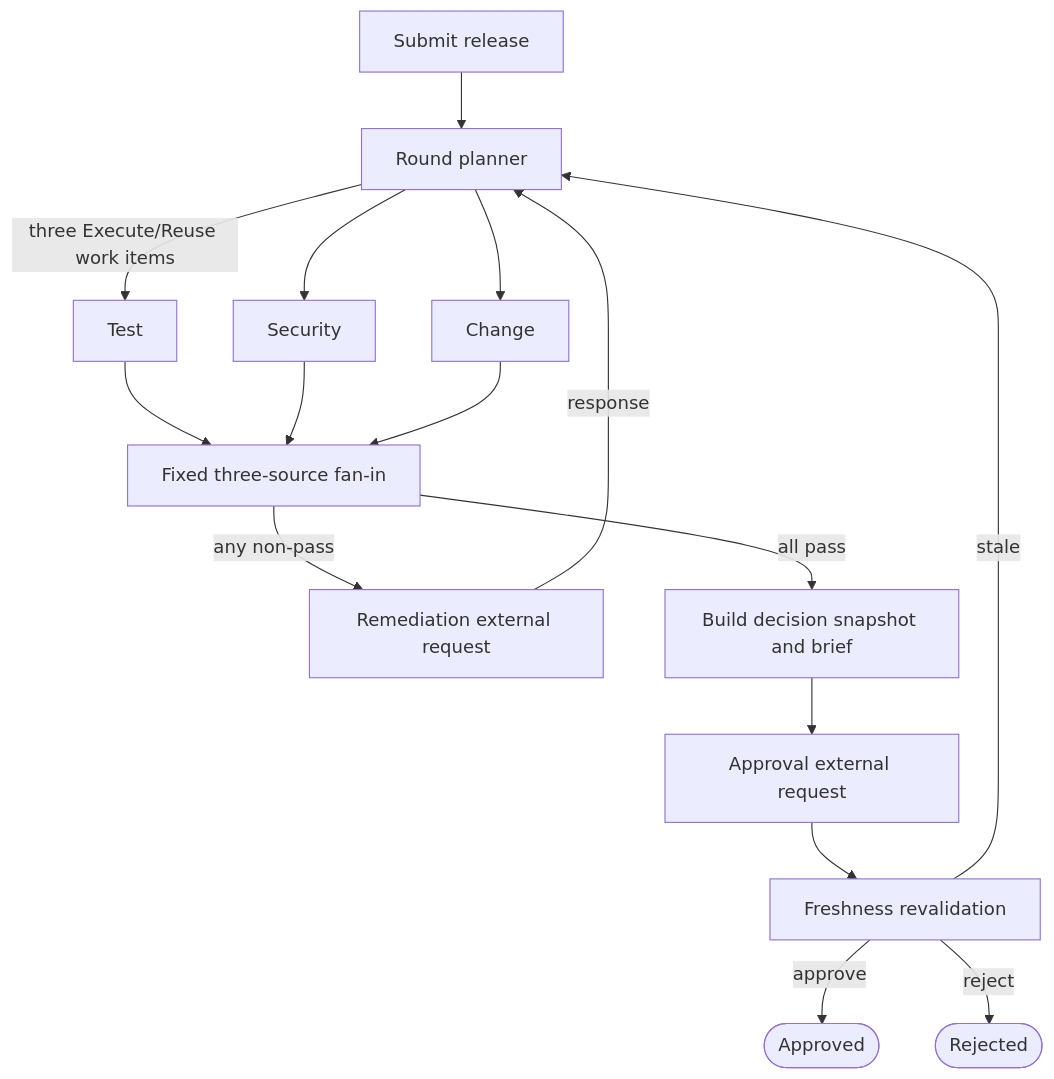
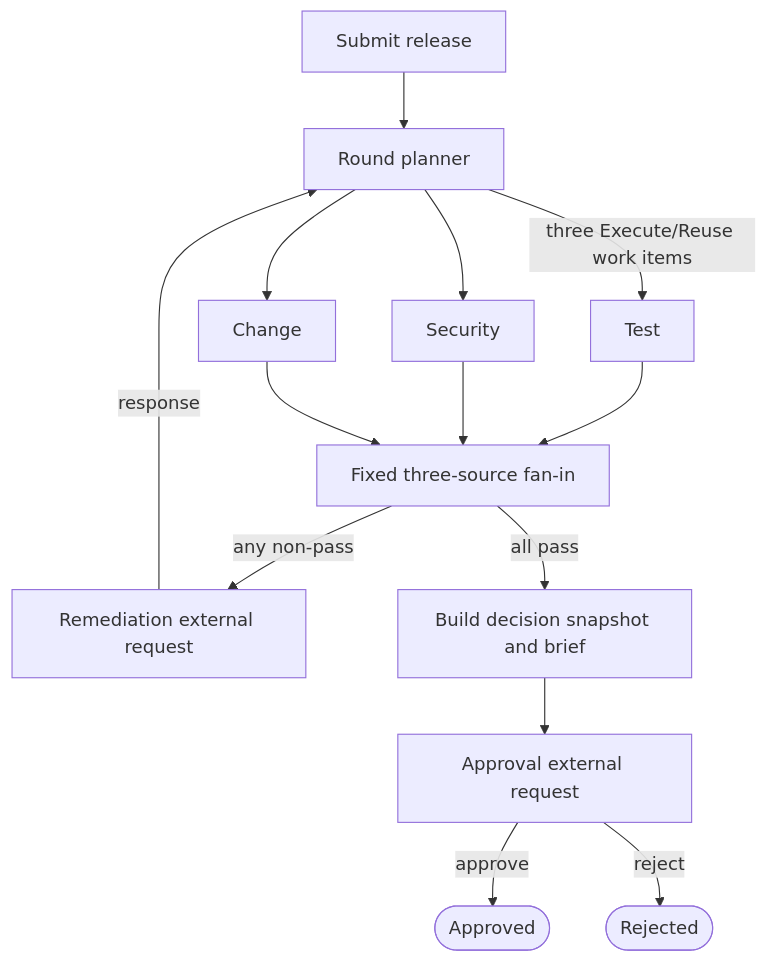
The diagram in SPEC.md (mariusz-kacz/release-readiness-coordinator), drawn with Mermaid before and after one commit. The commit also changed other lines of this file and 24 other files, not shown here.

````diff
--- a/SPEC.md
+++ b/SPEC.md
@@ -241,18 +236,16 @@
 ```mermaid
 flowchart TD
     S[Submit release] --> P[Round planner]
     P -->|three Execute/Reuse work items| T[Test]
     P --> SE[Security]
     P --> C[Change]
     T --> A[Fixed three-source fan-in]
     SE --> A
     C --> A
     A -->|any non-pass| R[Remediation external request]
     R -->|response| P
     A -->|all pass| B[Build decision snapshot and brief]
     B --> H[Approval external request]
-    H --> F[Freshness revalidation]
-    F -->|stale| P
-    F -->|approve| OK([Approved])
-    F -->|reject| NO([Rejected])
+    H -->|approve| OK([Approved])
+    H -->|reject| NO([Rejected])
 ```
````
